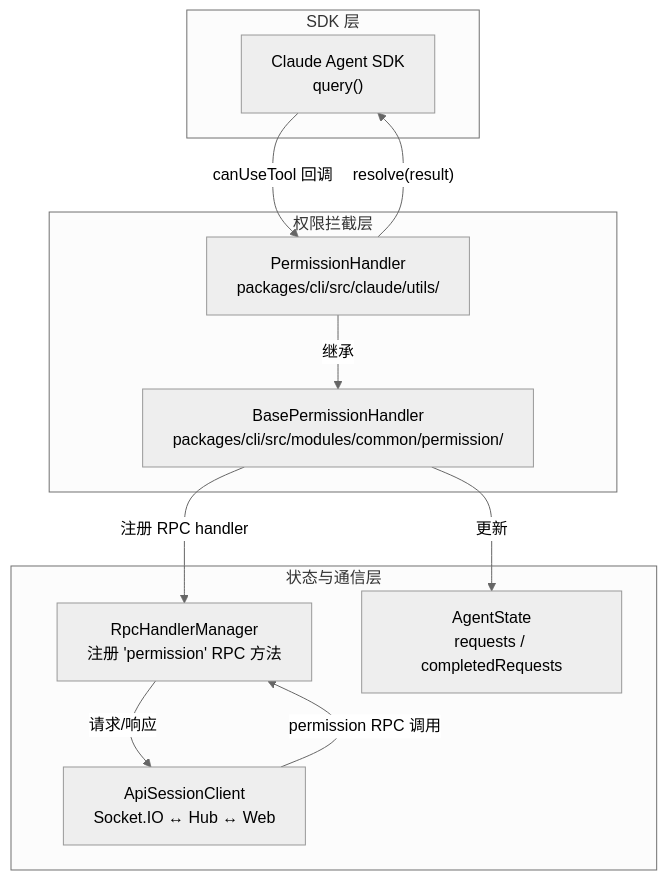
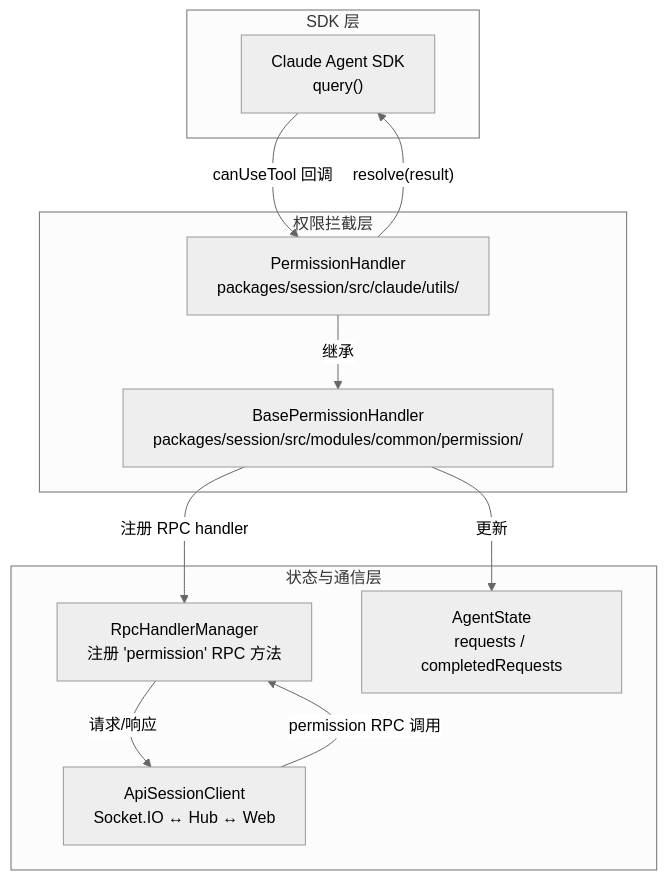
The first of 2 diagrams in docs/architecture/cli/commands/claude/permission.md (ModuBit/mobi), drawn with Mermaid (neutral theme) before and after one commit. The commit also changed other lines of this file and 87 other files, not shown here.

````diff
--- a/docs/architecture/cli/commands/claude/permission.md
+++ b/docs/architecture/cli/commands/claude/permission.md
@@ -7,26 +7,26 @@
 ```mermaid
 graph TB
     subgraph "SDK 层"
         SDK["Claude Agent SDK<br/>query()"]
     end
 
     subgraph "权限拦截层"
-        PH["PermissionHandler<br/>packages/cli/src/claude/utils/"]
-        BASE["BasePermissionHandler<br/>packages/cli/src/modules/common/permission/"]
+        PH["PermissionHandler<br/>packages/session/src/claude/utils/"]
+        BASE["BasePermissionHandler<br/>packages/session/src/modules/common/permission/"]
     end
 
     subgraph "状态与通信层"
         RPC["RpcHandlerManager<br/>注册 'permission' RPC 方法"]
         STATE["AgentState<br/>requests / completedRequests"]
         CLIENT["ApiSessionClient<br/>Socket.IO ↔ Hub ↔ Web"]
     end
 
     SDK -->|"canUseTool 回调"| PH
     PH -->|"继承"| BASE
     BASE -->|"注册 RPC handler"| RPC
     BASE -->|"更新"| STATE
     RPC -->|"请求/响应"| CLIENT
     CLIENT -->|"permission RPC 调用"| RPC
 
     PH -->|"resolve(result)"| SDK
 ```
````
